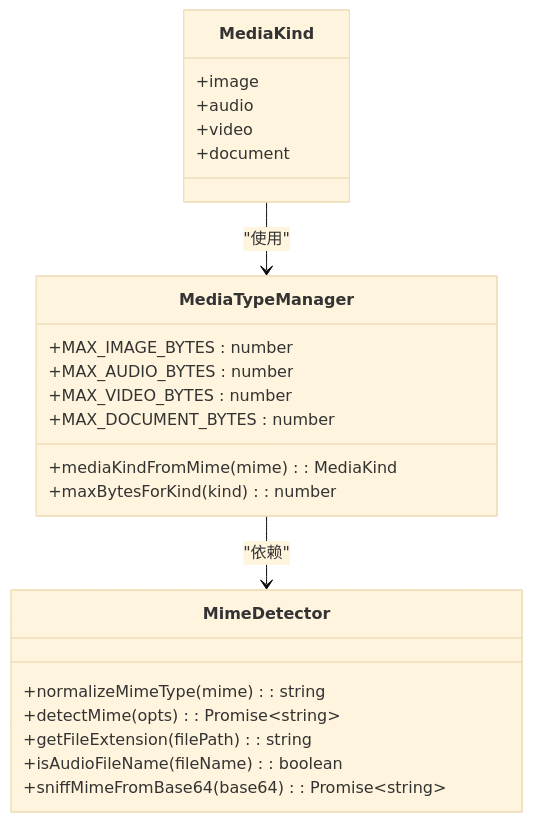
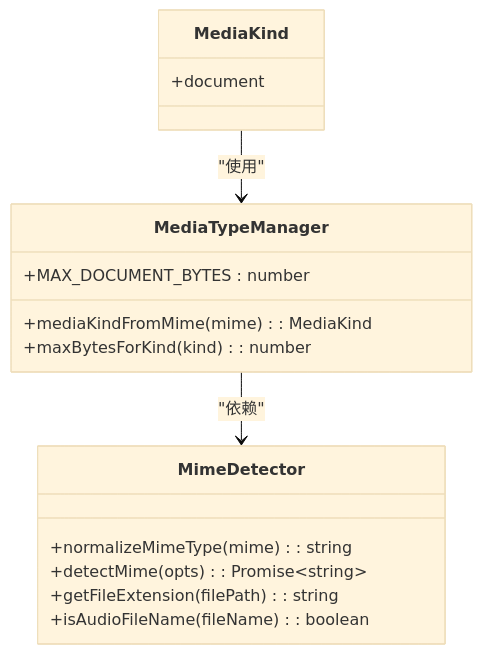
Before and after one commit to verse-ai-org/openclaw: the third of 14 diagrams in .qoder/repowiki/zh/content/Web界面/WebChat界面/聊天附件处理系统.md, drawn with Mermaid (base theme). The commit also changed other lines of this file and 86 other files, not shown here.

````diff
--- a/.qoder/repowiki/zh/content/Web界面/WebChat界面/聊天附件处理系统.md
+++ b/.qoder/repowiki/zh/content/Web界面/WebChat界面/聊天附件处理系统.md
@@ -172,26 +170,19 @@
 ```mermaid
 classDiagram
 class MediaKind {
-+image
-+audio
-+video
 +document
 }
 class MediaTypeManager {
-+MAX_IMAGE_BYTES : number
-+MAX_AUDIO_BYTES : number
-+MAX_VIDEO_BYTES : number
 +MAX_DOCUMENT_BYTES : number
 +mediaKindFromMime(mime) : MediaKind
 +maxBytesForKind(kind) : number
 }
 class MimeDetector {
 +normalizeMimeType(mime) : string
 +detectMime(opts) : Promise~string~
 +getFileExtension(filePath) : string
 +isAudioFileName(fileName) : boolean
-+sniffMimeFromBase64(base64) : Promise~string~
 }
 MediaKind --> MediaTypeManager : "使用"
 MediaTypeManager --> MimeDetector : "依赖"
 ```
````
